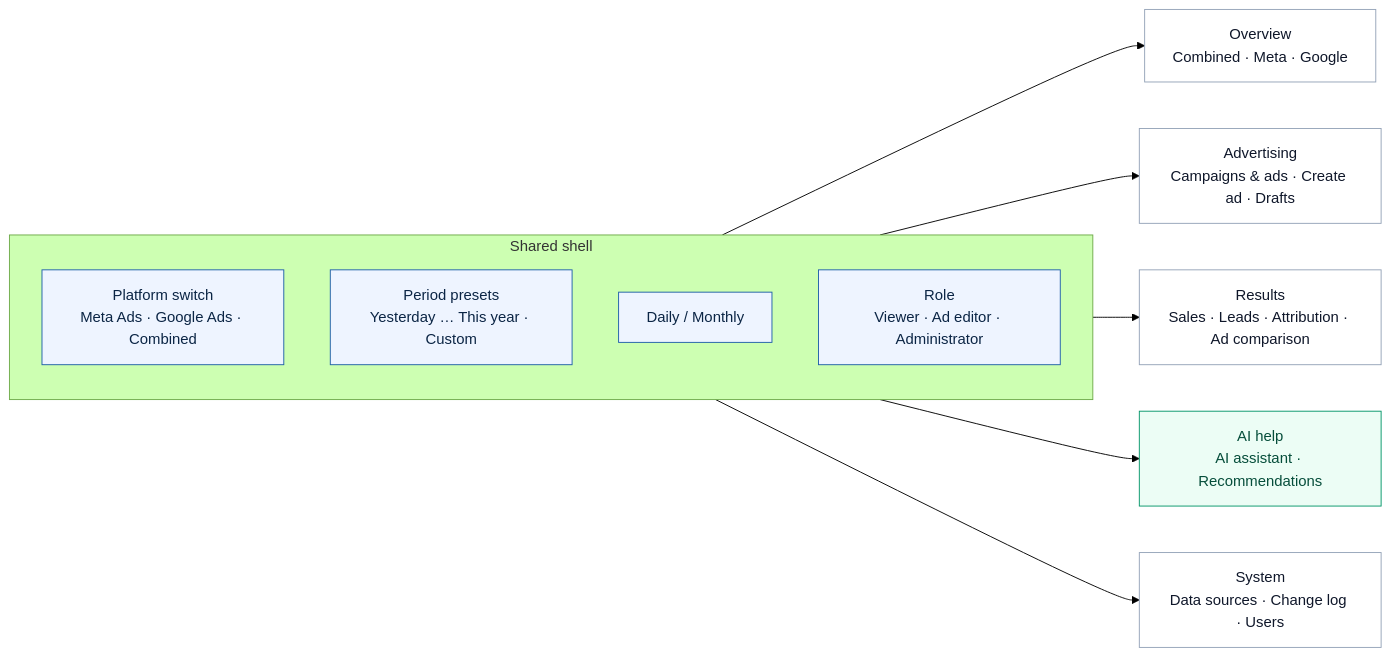
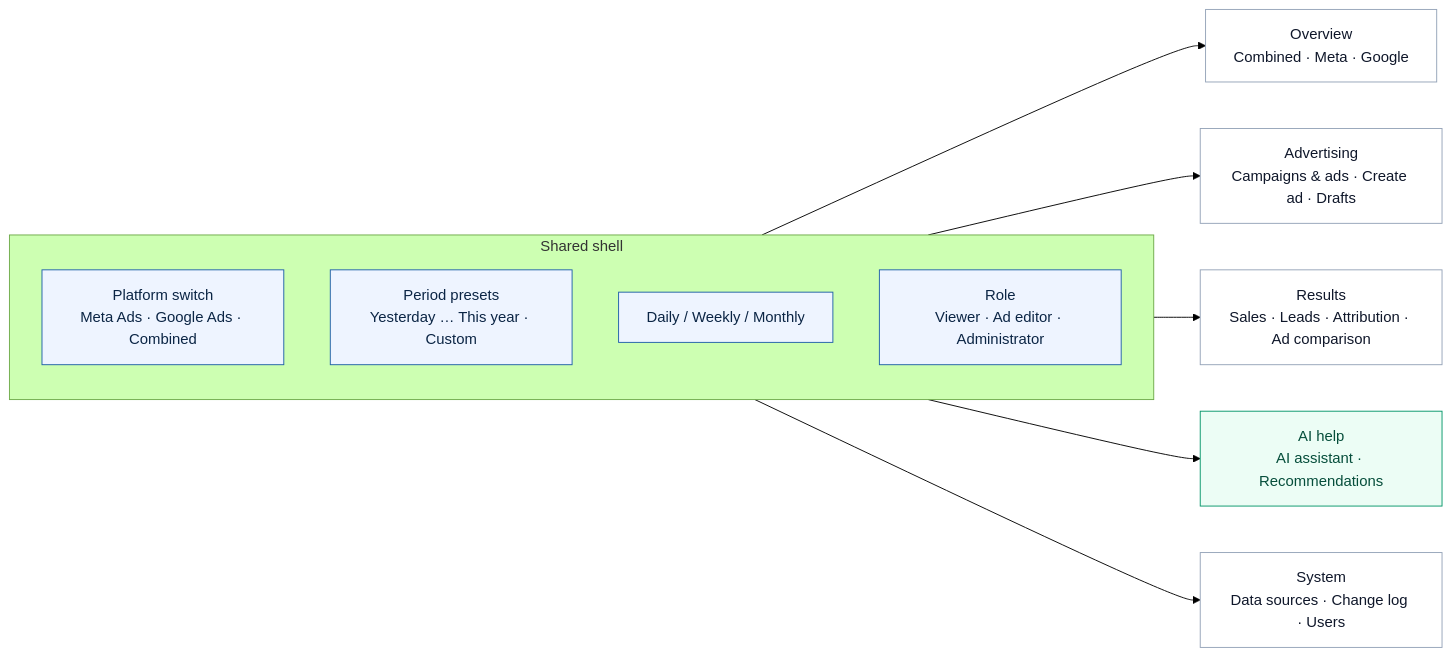
One commit to gabercmatej/Meta-Google-ads-sales-analytics-platform changed the third of 3 diagrams in README.md. Above: the diagram before and after it, drawn with Mermaid (forest theme). The commit also changed other lines of this file and 47 other files, not shown here.

First line of the commit message:
feat(demo): weekly chart view, first-week fix, attribution clarity and a demo that always renders

````diff
--- a/README.md
+++ b/README.md
@@ -306,22 +312,22 @@
 ```mermaid
 flowchart LR
   subgraph SHELL["Shared shell"]
     direction TB
     SW["Platform switch<br/>Meta Ads · Google Ads · Combined"]
     PER["Period presets<br/>Yesterday … This year · Custom"]
-    GR["Daily / Monthly"]
+    GR["Daily / Weekly / Monthly"]
     ROLE["Role<br/>Viewer · Ad editor · Administrator"]
   end
   SHELL --> OV["Overview<br/>Combined · Meta · Google"]
   SHELL --> ADV["Advertising<br/>Campaigns & ads · Create ad · Drafts"]
   SHELL --> RES["Results<br/>Sales · Leads · Attribution · Ad comparison"]
   SHELL --> AI["AI help<br/>AI assistant · Recommendations"]
   SHELL --> SYS["System<br/>Data sources · Change log · Users"]
 
   classDef shell fill:#eef4ff,stroke:#1f5fa8,color:#0b2545
   classDef page fill:#ffffff,stroke:#94a3b8,color:#0f172a
   classDef ai fill:#ecfdf5,stroke:#059669,color:#064e3b
   class SW,PER,GR,ROLE shell
   class OV,ADV,RES,SYS page
   class AI ai
 ```
````
